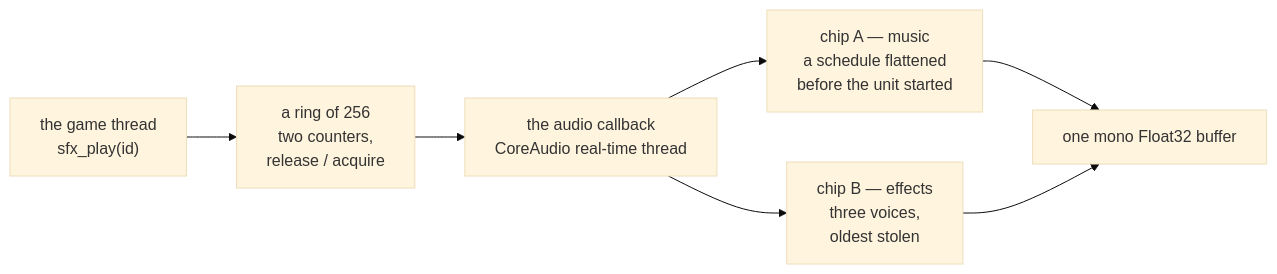
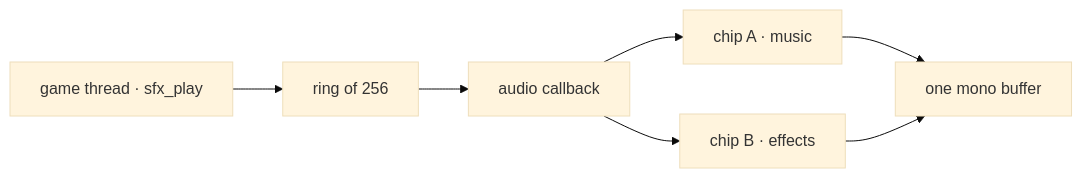
Before and after one commit to albanread/MojoCocoa: the third of 3 diagrams in CocoaMojoGuide/examples/07-the-game-pane.md, drawn with Mermaid (base theme). The commit also changed other lines of this file and 1 other file, not shown here.

First line of the commit message:
[docs] Chapter 7's diagrams fit the page, and the export is clean again

````diff
--- a/CocoaMojoGuide/examples/07-the-game-pane.md
+++ b/CocoaMojoGuide/examples/07-the-game-pane.md
@@ -322,12 +320,7 @@
 ```mermaid
 flowchart LR
-    G["the game thread<br/>sfx_play(id)"]
-    R["a ring of 256<br/>two counters,<br/>release / acquire"]
-    CB["the audio callback<br/>CoreAudio real-time thread"]
-    A["chip A — music<br/>a schedule flattened<br/>before the unit started"]
-    B["chip B — effects<br/>three voices,<br/>oldest stolen"]
-    O["one mono Float32 buffer"]
-    G --> R --> CB
-    CB --> A --> O
-    CB --> B --> O
+    G["game thread · sfx_play"] --> R["ring of 256"]
+    R --> CB["audio callback"]
+    CB --> A["chip A · music"] --> O["one mono buffer"]
+    CB --> B["chip B · effects"] --> O
 ```
````
